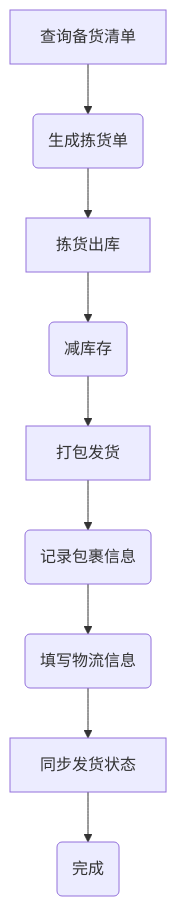
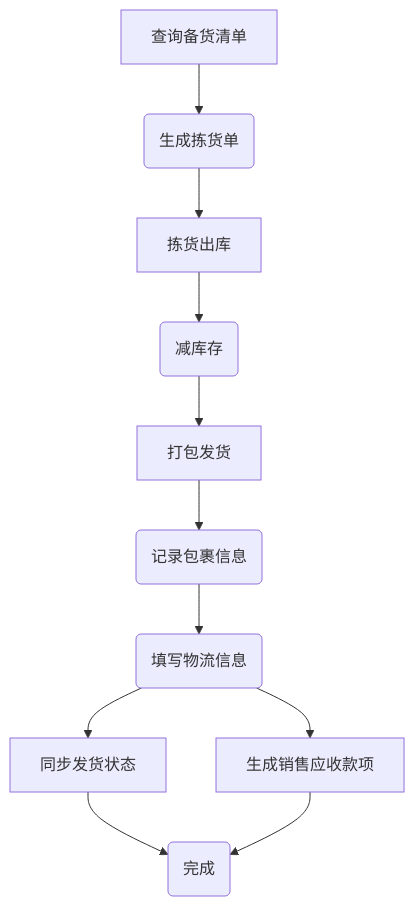
Before and after one commit to zeasin/qihangerp: the third of 3 diagrams in README.md, drawn with Mermaid. The commit also changed other lines of this file and 2 other files, not shown here.

````diff
--- a/README.md
+++ b/README.md
@@ -70,12 +69,14 @@
 ```mermaid
 graph TD
 A[查询备货清单] -->B(生成拣货单)
     B --> C[拣货出库]
     C --> E(减库存)
     E --> F[打包发货]
     F --> F1(记录包裹信息)
     F1 --> G(填写物流信息)
     G --> G1[同步发货状态]
     G1 --> H(完成)
+    G --> G2[生成销售应收款项]
+    G2 --> H
 
 ```
````
